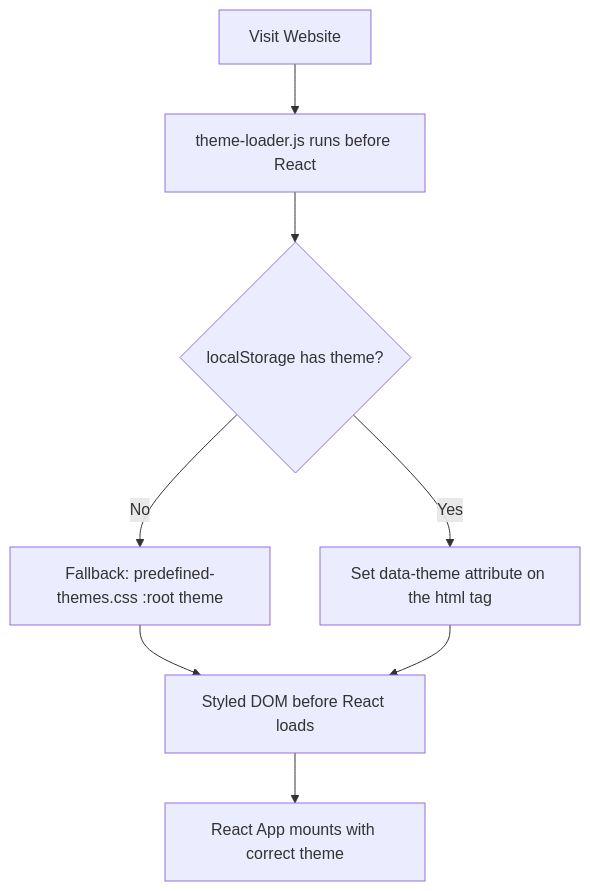
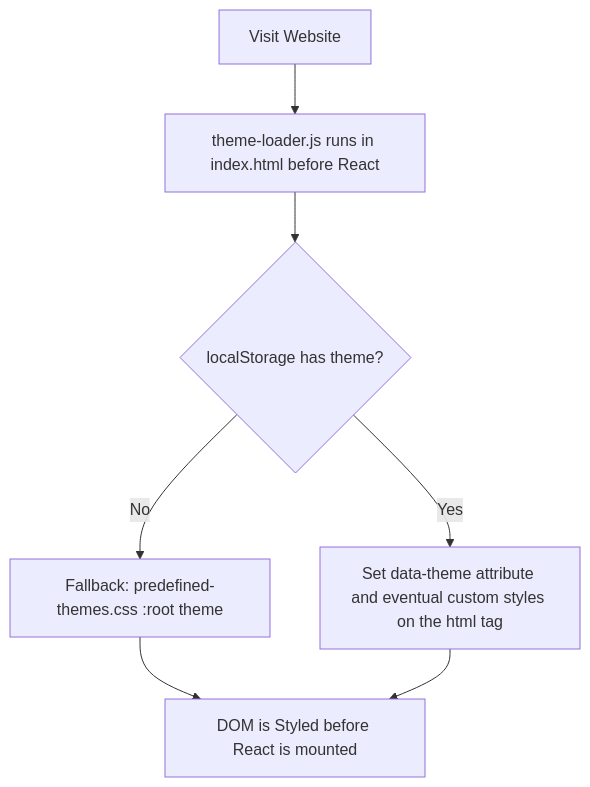
One commit to AlfredoJSpera/react-vite-ts-template changed the diagram in README.md. Above: the diagram before and after it, drawn with Mermaid.

````diff
--- a/README.md
+++ b/README.md
@@ -118,10 +118,9 @@
 ```mermaid
 flowchart TD
-    A[Visit Website] --> B[theme-loader.js runs before React]
+    A[Visit Website] --> B[theme-loader.js runs in index.html before React]
 	B --> C{localStorage has theme?}
 	C -- No --> D[Fallback: predefined-themes.css :root theme]
-    C -- Yes --> E[Set data-theme attribute on the html tag]
-	D --> F[Styled DOM before React loads]
+    C -- Yes --> E[Set data-theme attribute and eventual custom styles on the html tag]
+	D --> F[DOM is Styled before React is mounted]
 	E --> F
-	F --> G[React App mounts with correct theme]
 ```
````
